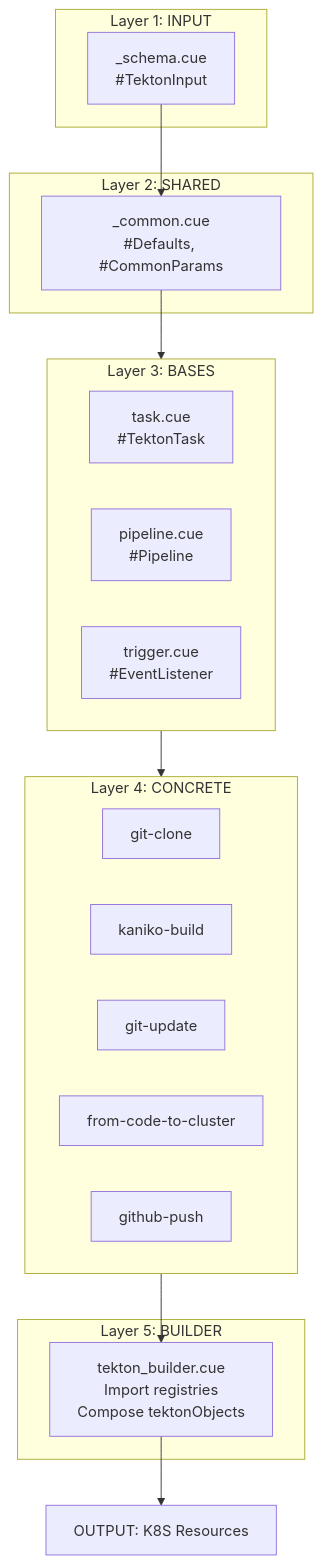
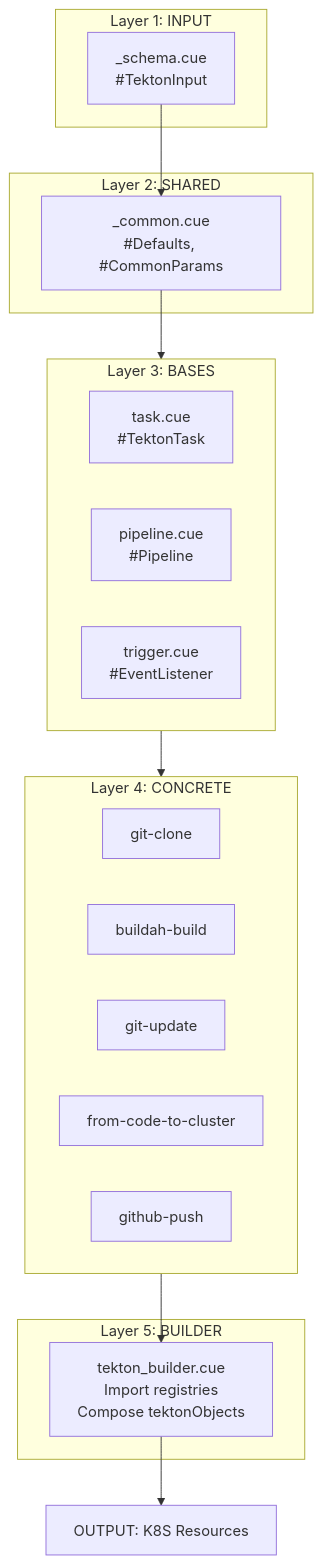
The fourth of 7 diagrams in docs/design/tekton-cue-mapping-design.md (helios-platform-team/helios-platform), drawn with Mermaid before and after one commit. The commit also changed other lines of this file and 152 other files, not shown here.

````diff
--- a/docs/design/tekton-cue-mapping-design.md
+++ b/docs/design/tekton-cue-mapping-design.md
@@ -298,33 +298,33 @@
 ```mermaid
 flowchart TD
     subgraph Layer1["Layer 1: INPUT"]
         A["_schema.cue<br/>#TektonInput"]
     end
     
     subgraph Layer2["Layer 2: SHARED"]
         B["_common.cue<br/>#Defaults, #CommonParams"]
     end
     
     subgraph Layer3["Layer 3: BASES"]
         C1["task.cue<br/>#TektonTask"]
         C2["pipeline.cue<br/>#Pipeline"]
         C3["trigger.cue<br/>#EventListener"]
     end
     
     subgraph Layer4["Layer 4: CONCRETE"]
-        D1["git-clone"]
-        D2["kaniko-build"]
-        D3["git-update"]
+		D1["git-clone"]
+		D2["buildah-build"]
+		D3["git-update"]
         D4["from-code-to-cluster"]
         D5["github-push"]
     end
     
     subgraph Layer5["Layer 5: BUILDER"]
         E["tekton_builder.cue<br/>Import registries<br/>Compose tektonObjects"]
     end
     
     A --> B --> Layer3
     Layer3 --> Layer4
     Layer4 --> E
     E --> F["OUTPUT: K8S Resources"]
 ```
````
